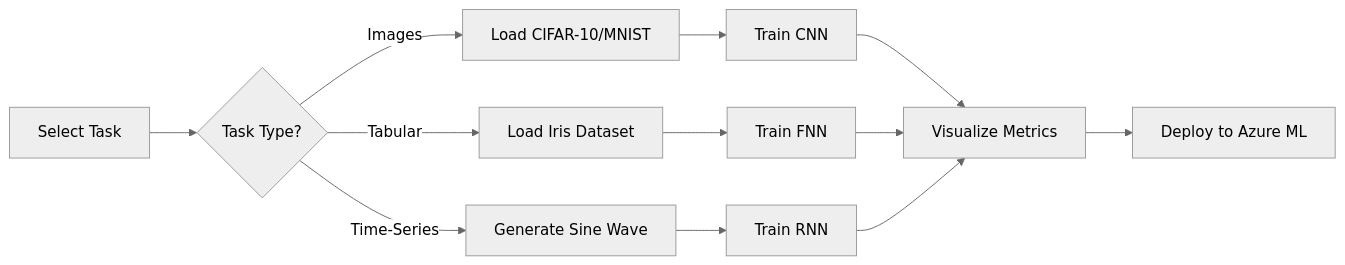
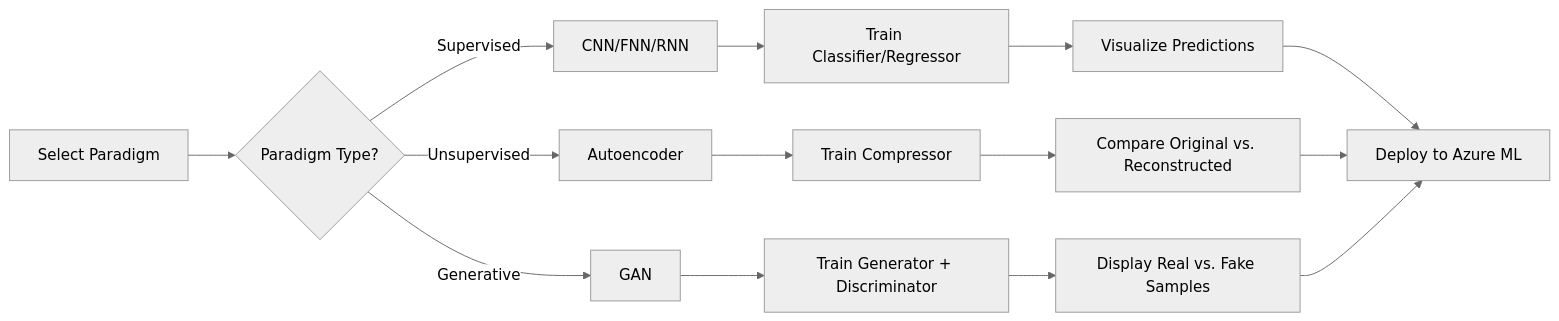
One commit to WSalim2024/MCert-AzureNeuralNet-Studio changed the diagram in README.md. Above: the diagram before and after it, drawn with Mermaid (neutral theme). The commit also changed other lines of this file and 4 other files, not shown here.

````diff
--- a/README.md
+++ b/README.md
@@ -164,17 +237,19 @@
 ```mermaid
 graph LR
-    A[Select Task] --> B{Task Type?}
-    B -->|Images| C[Load CIFAR-10/MNIST]
-    B -->|Tabular| D[Load Iris Dataset]
-    B -->|Time-Series| E[Generate Sine Wave]
+    A[Select Paradigm] --> B{Paradigm Type?}
+    B -->|Supervised| C[CNN/FNN/RNN]
+    B -->|Unsupervised| D[Autoencoder]
+    B -->|Generative| E[GAN]
     
-    C --> F[Train CNN]
-    D --> G[Train FNN]
-    E --> H[Train RNN]
+    C --> F[Train Classifier/Regressor]
+    D --> G[Train Compressor]
+    E --> H[Train Generator + Discriminator]
     
-    F --> I[Visualize Metrics]
-    G --> I
-    H --> I
+    F --> I[Visualize Predictions]
+    G --> J[Compare Original vs. Reconstructed]
+    H --> K[Display Real vs. Fake Samples]
     
-    I --> J[Deploy to Azure ML]
+    I --> L[Deploy to Azure ML]
+    J --> L
+    K --> L
 ```
````
